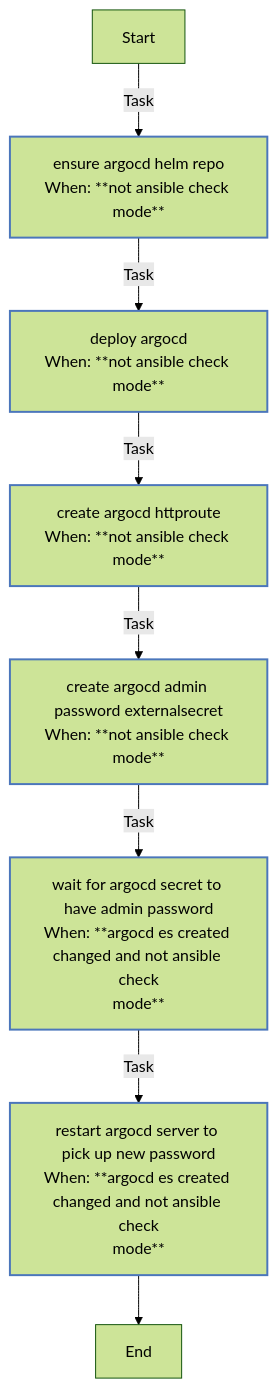
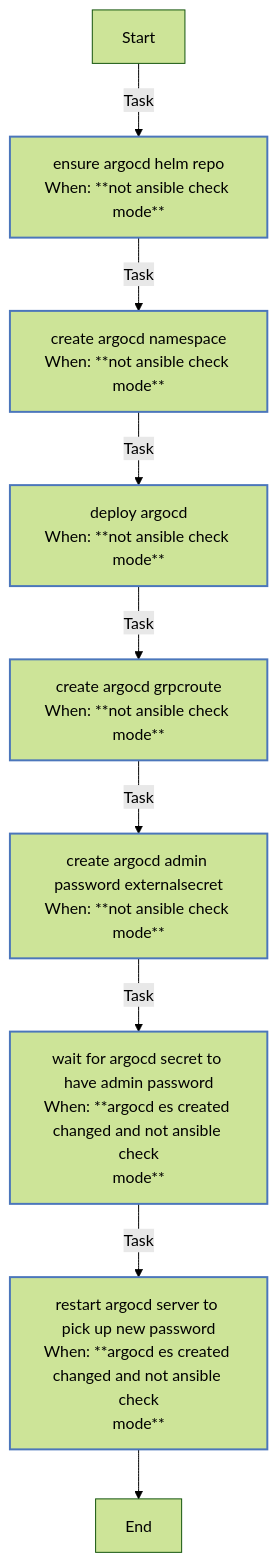
One commit to rou-cru/k3s-homelab changed the diagram in roles/argocd/README.md. Above: the diagram before and after it, drawn with Mermaid (forest theme). The commit also changed other lines of this file and 42 other files, not shown here.

Commit message:
feat(platform): refresh argocd cert-manager gateway and external-secrets

````diff
--- a/roles/argocd/README.md
+++ b/roles/argocd/README.md
@@ -130,20 +131,21 @@
 ```mermaid
 flowchart TD
 Start
 classDef block stroke:#3498db,stroke-width:2px;
 classDef task stroke:#4b76bb,stroke-width:2px;
 classDef includeTasks stroke:#16a085,stroke-width:2px;
 classDef importTasks stroke:#34495e,stroke-width:2px;
 classDef includeRole stroke:#2980b9,stroke-width:2px;
 classDef importRole stroke:#699ba7,stroke-width:2px;
 classDef includeVars stroke:#8e44ad,stroke-width:2px;
 classDef rescue stroke:#665352,stroke-width:2px;
 
   Start-->|Task| Ensure_ArgoCD_Helm_repo0[ensure argocd helm repo<br>When: **not ansible check mode**]:::task
-  Ensure_ArgoCD_Helm_repo0-->|Task| Deploy_ArgoCD1[deploy argocd<br>When: **not ansible check mode**]:::task
-  Deploy_ArgoCD1-->|Task| Create_ArgoCD_HTTPRoute2[create argocd httproute<br>When: **not ansible check mode**]:::task
-  Create_ArgoCD_HTTPRoute2-->|Task| Create_ArgoCD_Admin_Password_ExternalSecret3[create argocd admin password externalsecret<br>When: **not ansible check mode**]:::task
-  Create_ArgoCD_Admin_Password_ExternalSecret3-->|Task| Wait_for_argocd_secret_to_have_admin_password4[wait for argocd secret to have admin password<br>When: **argocd es created changed and not ansible check<br>mode**]:::task
-  Wait_for_argocd_secret_to_have_admin_password4-->|Task| Restart_ArgoCD_Server_to_pick_up_new_password5[restart argocd server to pick up new password<br>When: **argocd es created changed and not ansible check<br>mode**]:::task
-  Restart_ArgoCD_Server_to_pick_up_new_password5-->End
+  Ensure_ArgoCD_Helm_repo0-->|Task| Create_argocd_namespace1[create argocd namespace<br>When: **not ansible check mode**]:::task
+  Create_argocd_namespace1-->|Task| Deploy_ArgoCD2[deploy argocd<br>When: **not ansible check mode**]:::task
+  Deploy_ArgoCD2-->|Task| Create_ArgoCD_GRPCRoute3[create argocd grpcroute<br>When: **not ansible check mode**]:::task
+  Create_ArgoCD_GRPCRoute3-->|Task| Create_ArgoCD_Admin_Password_ExternalSecret4[create argocd admin password externalsecret<br>When: **not ansible check mode**]:::task
+  Create_ArgoCD_Admin_Password_ExternalSecret4-->|Task| Wait_for_argocd_secret_to_have_admin_password5[wait for argocd secret to have admin password<br>When: **argocd es created changed and not ansible check<br>mode**]:::task
+  Wait_for_argocd_secret_to_have_admin_password5-->|Task| Restart_ArgoCD_Server_to_pick_up_new_password6[restart argocd server to pick up new password<br>When: **argocd es created changed and not ansible check<br>mode**]:::task
+  Restart_ArgoCD_Server_to_pick_up_new_password6-->End
 ```
````
